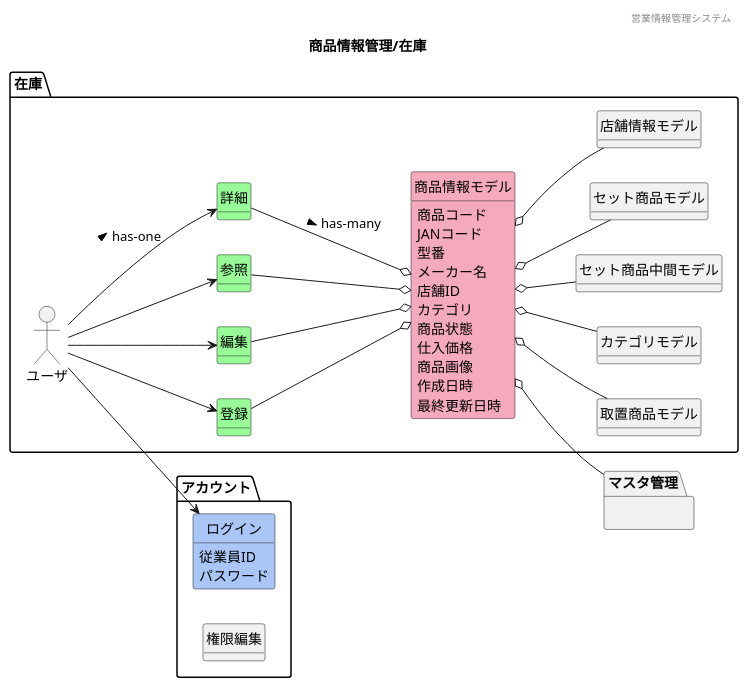
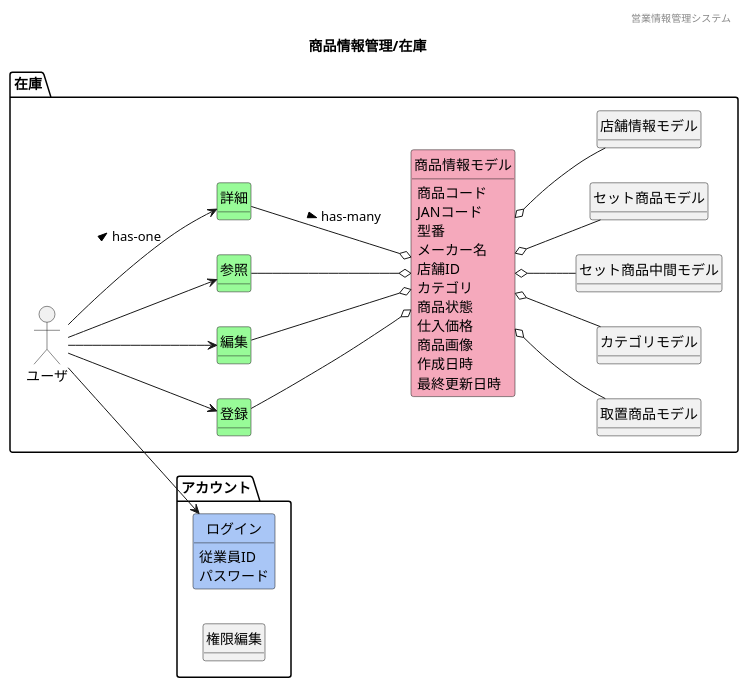
One commit to HaruShim/Sotuken changed the diagram in 各種設計書/1ドメインモデル図/商品情報管理/F07在庫.plantuml. Above: the diagram before and after it, drawn with PlantUML. The commit also changed 7 other files, not shown here.

```diff
--- a/各種設計書/1ドメインモデル図/商品情報管理/F07在庫.plantuml
+++ b/各種設計書/1ドメインモデル図/商品情報管理/F07在庫.plantuml
@@ -1,72 +1,73 @@
 @startuml images/商品情報管理/在庫
 ' ヘッダー
 header 営業情報管理システム
 ' タイトル
 title 商品情報管理/在庫
 ' 
 hide circle
 ' 
 hide method
 left to right direction
 
 package "アカウント"{
     class "ログイン" #A9C6F6
     class "権限編集"
 }
 
 package "在庫" {
     'ユーザや外部システム
     mix_actor "ユーザ"
     class "登録" #98fb98
     class "編集" #98fb98
     class "参照" #98fb98
     class "詳細" #98fb98
     class "商品情報モデル" #F5A9BC
     class "取置商品モデル"
     class "カテゴリモデル"
     class "セット商品中間モデル"
     class "セット商品モデル"
     class "店舗情報モデル"    
 }
-    package "マスタ管理"{
-        ' package "店舗マスタ"{}
-        ' package "ベンチマークマスタ"{}
-    }
+    ' package "マスタ管理"{
+    '     ' package "店舗マスタ"{}
+    '     ' package "ベンチマークマスタ"{}
+    ' }
     ' class "" #F5A9BC
     ' class "" #ffd700
 
     'モデル同士の関係
     ユーザ --> 参照
     ユーザ --> 登録
     ユーザ --> 編集
     ユーザ --> 詳細 : > has-one
     ユーザ --> ログイン
     登録 --o 商品情報モデル
     参照 --o 商品情報モデル
     編集 --o 商品情報モデル
     詳細 --o 商品情報モデル : > has-many
     商品情報モデル o-- カテゴリモデル
-    商品情報モデル o-- マスタ管理
     商品情報モデル o-- 取置商品モデル
     商品情報モデル o-- セット商品中間モデル
     商品情報モデル o-- セット商品モデル
     商品情報モデル o-- 店舗情報モデル
+    ' 商品情報モデル o-- マスタ管理
+    
     'ドメインクラスの属性
     商品情報モデル : 商品コード
     商品情報モデル : JANコード
     商品情報モデル : 型番
     商品情報モデル : メーカー名
     商品情報モデル : 店舗ID
     商品情報モデル : カテゴリ
     商品情報モデル : 商品状態
     商品情報モデル : 仕入価格
     商品情報モデル : 商品画像
     商品情報モデル : 作成日時
     商品情報モデル : 最終更新日時
     ログイン : 従業員ID
     ログイン : パスワード
 
 
 
 
 @enduml
```
